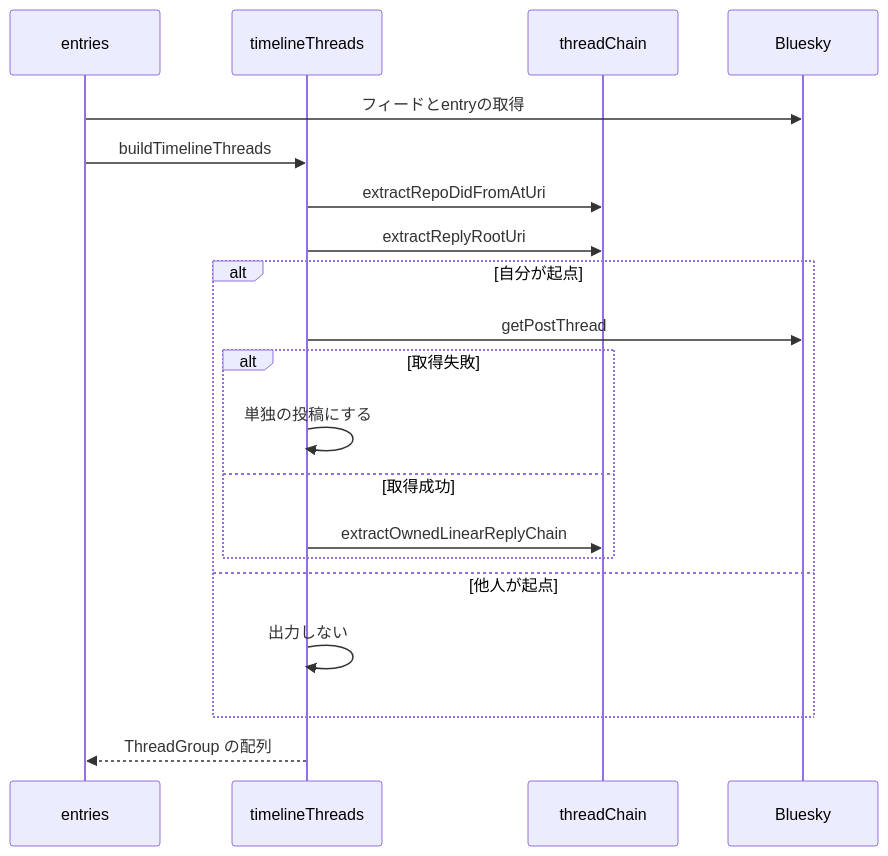
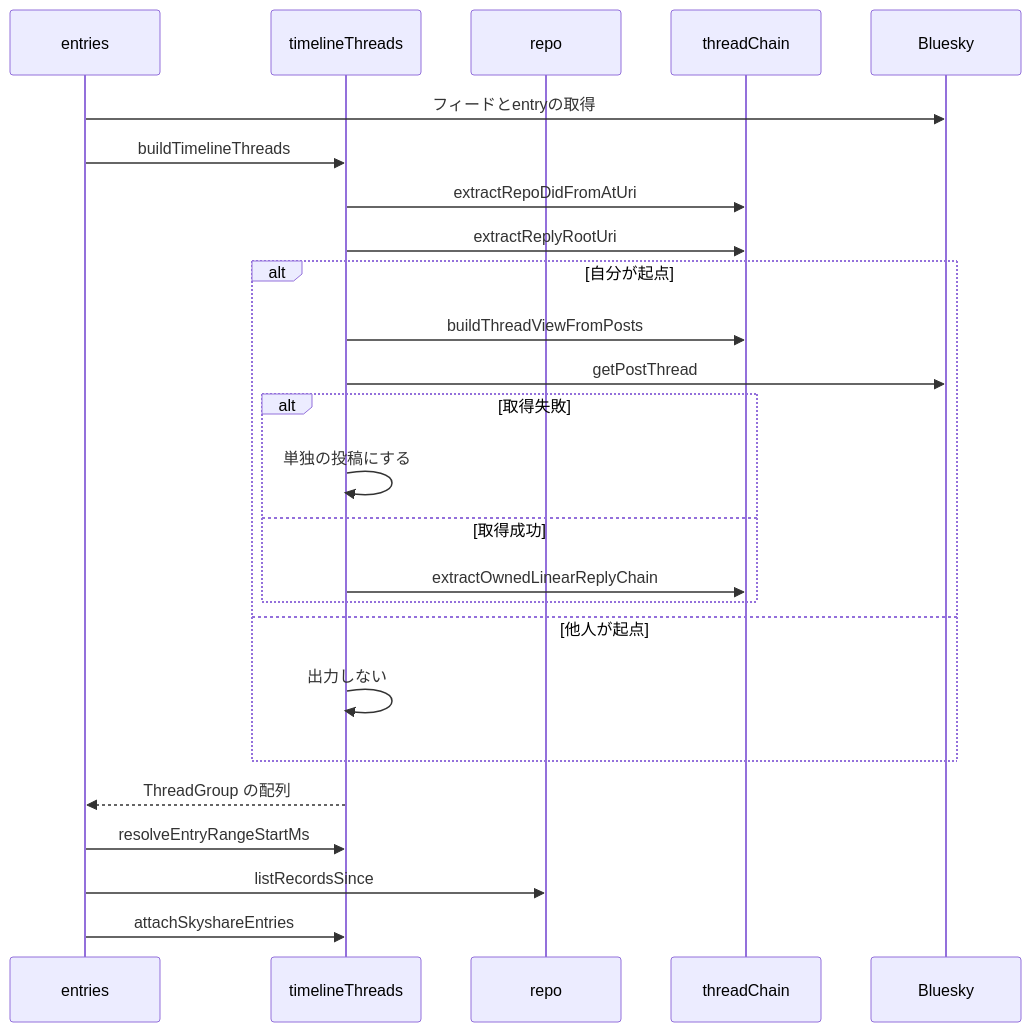
Before and after one commit to nekono-dev/skyshare: the second of 2 diagrams in specs/timeline-api/design.md, drawn with Mermaid. The commit also changed other lines of this file and 7 other files, not shown here.

First line of the commit message:
developの変更に合わせてspecと図を整合させ、creator関連の記述を除外する

````diff
--- a/specs/timeline-api/design.md
+++ b/specs/timeline-api/design.md
@@ -29,22 +30,27 @@
 ```mermaid
 sequenceDiagram
   participant entries
   participant timelineThreads
+  participant repo
   participant threadChain
   participant ext_bsky as Bluesky
   entries->>ext_bsky: フィードとentryの取得
   entries->>timelineThreads: buildTimelineThreads
   timelineThreads->>threadChain: extractRepoDidFromAtUri
   timelineThreads->>threadChain: extractReplyRootUri
   alt 自分が起点
+    timelineThreads->>threadChain: buildThreadViewFromPosts
     timelineThreads->>ext_bsky: getPostThread
     alt 取得失敗
       timelineThreads->>timelineThreads: 単独の投稿にする
     else 取得成功
       timelineThreads->>threadChain: extractOwnedLinearReplyChain
     end
   else 他人が起点
     timelineThreads->>timelineThreads: 出力しない
   end
   timelineThreads-->>entries: ThreadGroup の配列
+  entries->>timelineThreads: resolveEntryRangeStartMs
+  entries->>repo: listRecordsSince
+  entries->>timelineThreads: attachSkyshareEntries
 ```
````
